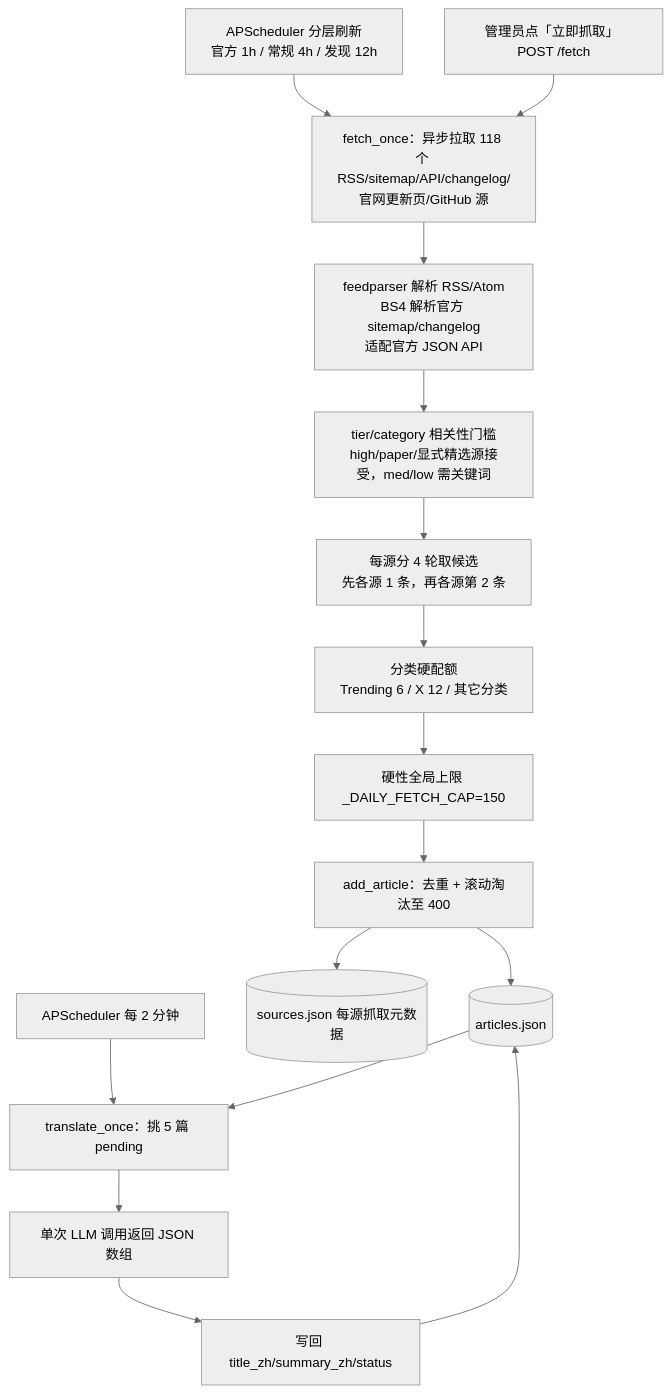
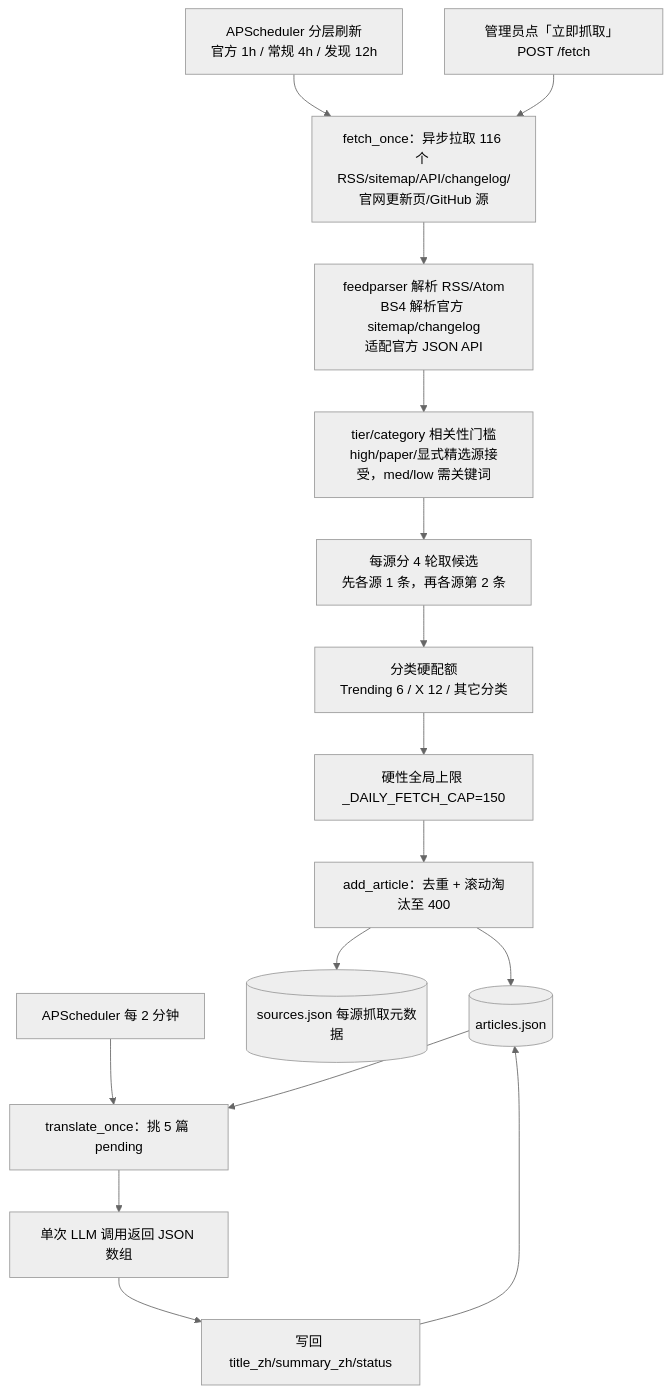
One commit to nikefd/ai-frontier-agent changed the diagram in llmdoc/architecture/rss-pipeline-architecture.md. Above: the diagram before and after it, drawn with Mermaid (neutral theme). The commit also changed other lines of this file and 19 other files, not shown here.

````diff
--- a/llmdoc/architecture/rss-pipeline-architecture.md
+++ b/llmdoc/architecture/rss-pipeline-architecture.md
@@ -10,20 +10,20 @@
 ```mermaid
 flowchart TD
   cron[APScheduler 分层刷新<br/>官方 1h / 常规 4h / 发现 12h] --> fetch
   manual[管理员点「立即抓取」 POST /fetch] --> fetch
-  fetch[fetch_once：异步拉取 118 个 RSS/sitemap/API/changelog/官网更新页/GitHub 源]
+  fetch[fetch_once：异步拉取 116 个 RSS/sitemap/API/changelog/官网更新页/GitHub 源]
   fetch --> parse[feedparser 解析 RSS/Atom<br/>BS4 解析官方 sitemap/changelog<br/>适配官方 JSON API]
   parse --> gate[tier/category 相关性门槛<br/>high/paper/显式精选源接受，med/low 需关键词]
   gate --> rounds[每源分 4 轮取候选<br/>先各源 1 条，再各源第 2 条]
   rounds --> category[分类硬配额<br/>Trending 6 / X 12 / 其它分类]
   category --> global[硬性全局上限 _DAILY_FETCH_CAP=150]
   global --> store[add_article：去重 + 滚动淘汰至 400]
   store --> articles[(articles.json)]
   store --> meta[(sources.json 每源抓取元数据)]
 
   tick[APScheduler 每 2 分钟] --> trans[translate_once：挑 5 篇 pending]
   articles --> trans
   trans --> llm[单次 LLM 调用返回 JSON 数组]
   llm --> writeback[写回 title_zh/summary_zh/status]
   writeback --> articles
 ```
````
